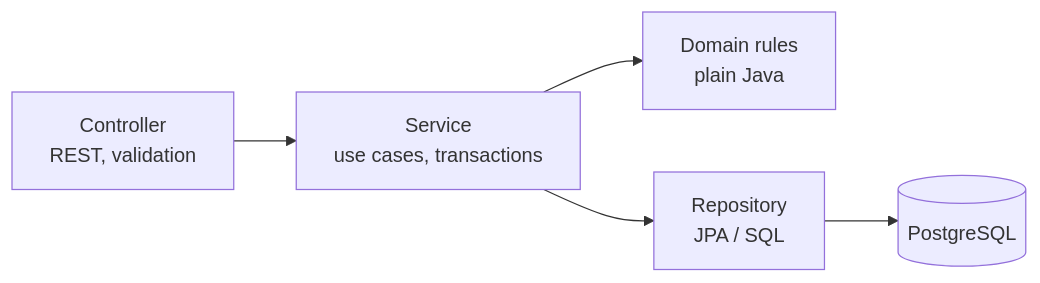
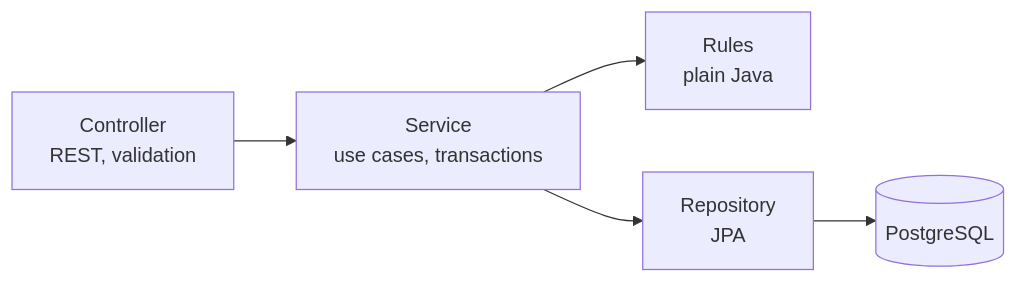
The second of 5 diagrams in docs/architecture/architecture.md (Rameshkumarsgp/acme-people-management), drawn with Mermaid before and after one commit. The commit also changed other lines of this file and 4 other files, not shown here.

Commit message:
fix(ui): format the headcount, and bring the architecture docs up to date

````diff
--- a/docs/architecture/architecture.md
+++ b/docs/architecture/architecture.md
@@ -44,7 +57,7 @@
 ```mermaid
 flowchart LR
     C["Controller<br/>REST, validation"] --> S["Service<br/>use cases, transactions"]
-    S --> D["Domain rules<br/>plain Java"]
-    S --> R["Repository<br/>JPA / SQL"]
+    S --> D["Rules<br/>plain Java"]
+    S --> R["Repository<br/>JPA"]
     R --> DB[("PostgreSQL")]
 ```
````
